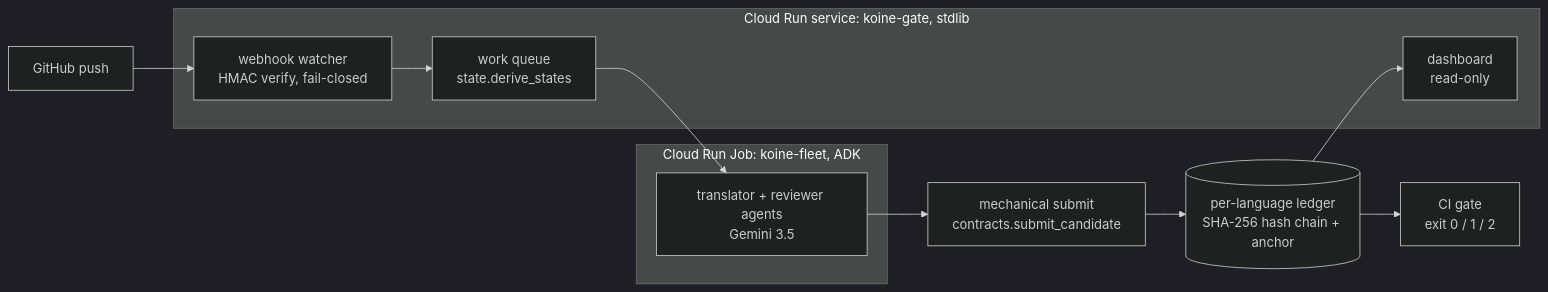
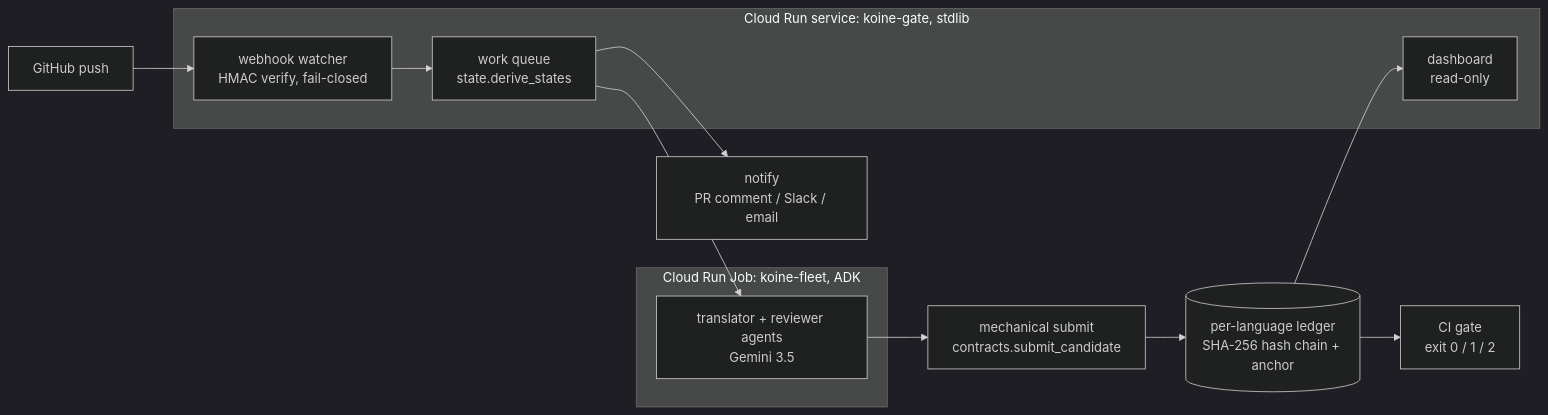
The diagram in README.md (annatchijova/koine), drawn with Mermaid (dark theme) before and after one commit. The commit also changed other lines of this file and 5 other files, not shown here.

````diff
--- a/README.md
+++ b/README.md
@@ -251,19 +274,20 @@
 ```mermaid
 flowchart LR
   push[GitHub push]
   subgraph gate[Cloud Run service: koine-gate, stdlib]
     wh[webhook watcher<br/>HMAC verify, fail-closed]
     queue[work queue<br/>state.derive_states]
     dash[dashboard<br/>read-only]
     wh --> queue
   end
   subgraph job[Cloud Run Job: koine-fleet, ADK]
     fleet[translator + reviewer agents<br/>Gemini 3.5]
   end
   push --> wh
+  queue --> notify[notify<br/>PR comment / Slack / email]
   queue --> fleet
   fleet --> submit[mechanical submit<br/>contracts.submit_candidate]
   submit --> ledger[(per-language ledger<br/>SHA-256 hash chain + anchor)]
   ledger --> dash
   ledger --> cigate[CI gate<br/>exit 0 / 1 / 2]
 ```
````
